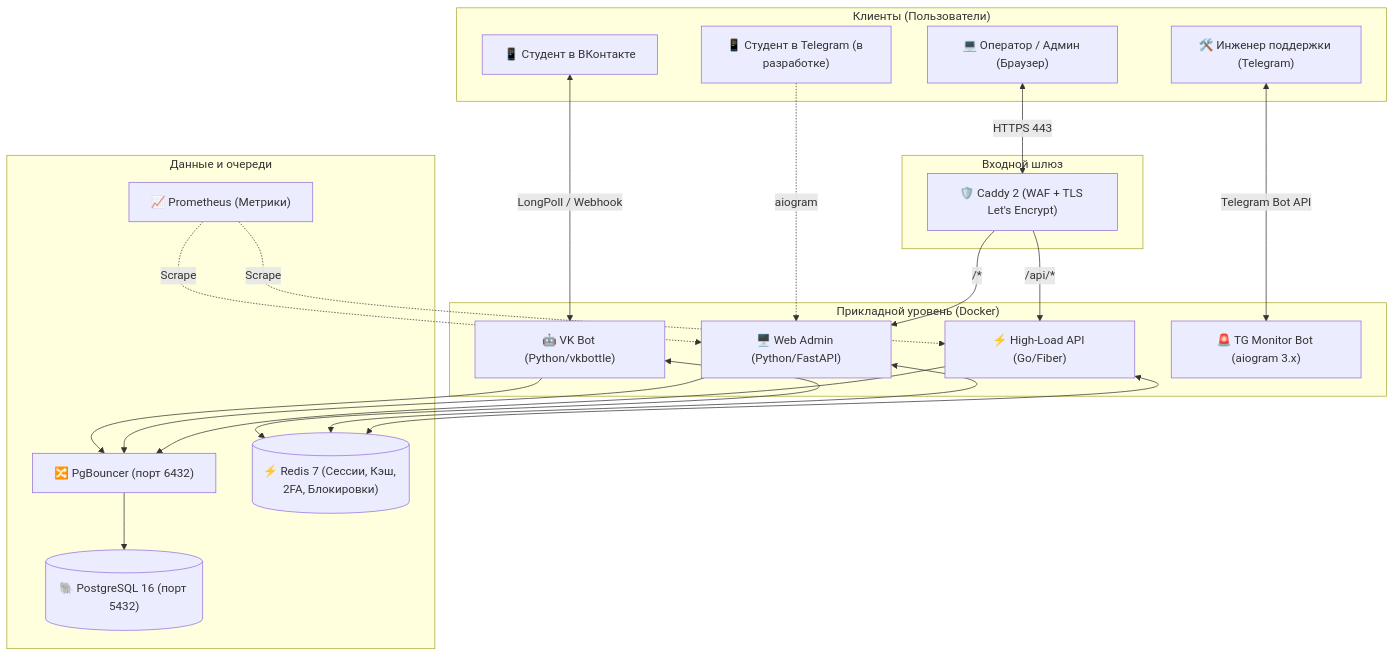
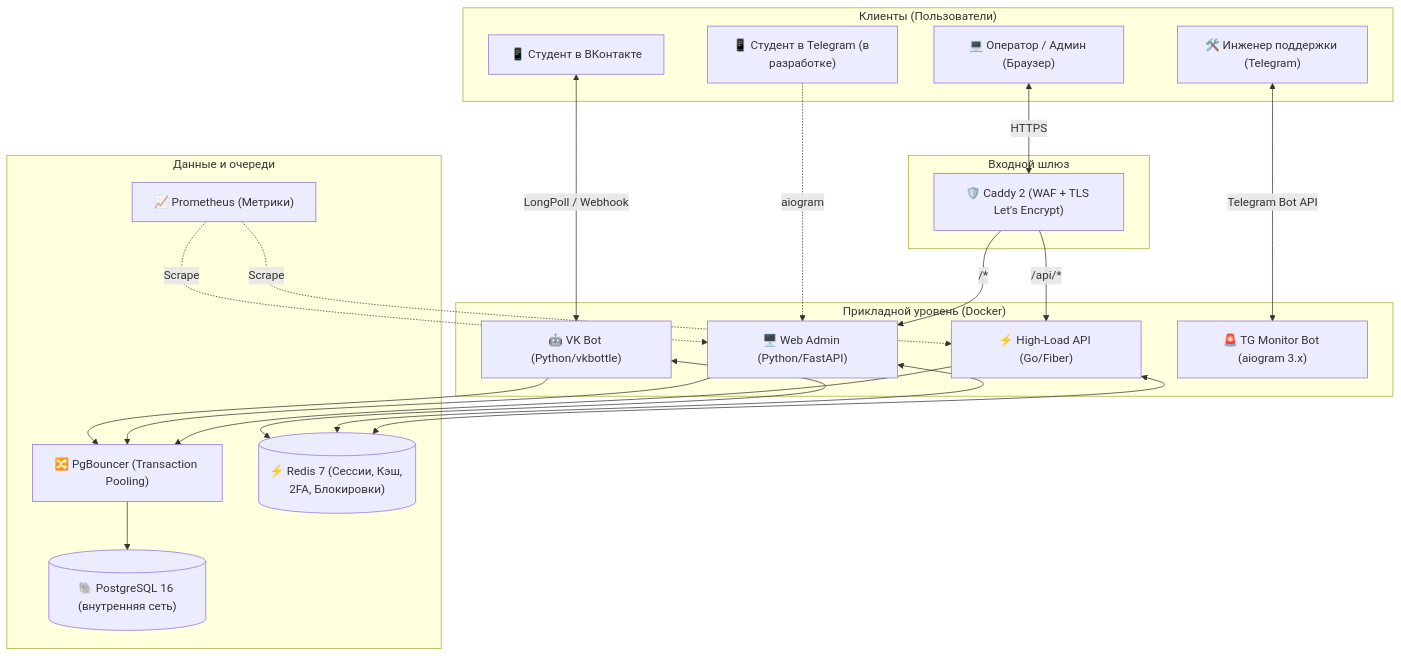
Before and after one commit to KOngfrost/Tren_Omni_bot: the diagram in README.md, drawn with Mermaid. The commit also changed other lines of this file and 47 other files, not shown here.

````diff
--- a/README.md
+++ b/README.md
@@ -49,47 +49,47 @@
 ```mermaid
 flowchart TD
     subgraph Clients["Клиенты (Пользователи)"]
         VK["📱 Студент в ВКонтакте"]
         TG["📱 Студент в Telegram (в разработке)"]
         Browser["💻 Оператор / Админ (Браузер)"]
         DevOps["🛠️ Инженер поддержки (Telegram)"]
     end
 
     subgraph Edge["Входной шлюз"]
         Caddy["🛡️ Caddy 2 (WAF + TLS Let's Encrypt)"]
     end
 
     subgraph AppLayer["Прикладной уровень (Docker)"]
         BotVK["🤖 VK Bot (Python/vkbottle)"]
         WebAdmin["🖥️ Web Admin (Python/FastAPI)"]
         GoAPI["⚡ High-Load API (Go/Fiber)"]
         TGMonitor["🚨 TG Monitor Bot (aiogram 3.x)"]
     end
 
     subgraph DataLayer["Данные и очереди"]
-        PgBouncer["🔀 PgBouncer (порт 6432)"]
-        PostgreSQL[("🐘 PostgreSQL 16 (порт 5432)")]
+        PgBouncer["🔀 PgBouncer (Transaction Pooling)"]
+        PostgreSQL[("🐘 PostgreSQL 16 (внутренняя сеть)")]
         Redis[("⚡ Redis 7 (Сессии, Кэш, 2FA, Блокировки)")]
         Prometheus["📈 Prometheus (Метрики)"]
     end
 
     VK <-->|LongPoll / Webhook| BotVK
     TG -.->|aiogram| WebAdmin
-    Browser <-->|HTTPS 443| Caddy
+    Browser <-->|HTTPS| Caddy
     DevOps <-->|Telegram Bot API| TGMonitor
 
     Caddy -->|/api/*| GoAPI
     Caddy -->|/*| WebAdmin
 
     BotVK --> PgBouncer
     WebAdmin --> PgBouncer
     GoAPI --> PgBouncer
     PgBouncer --> PostgreSQL
 
     BotVK <--> Redis
     WebAdmin <--> Redis
     GoAPI <--> Redis
 
     Prometheus -.->|Scrape| WebAdmin
     Prometheus -.->|Scrape| GoAPI
 ```
````
